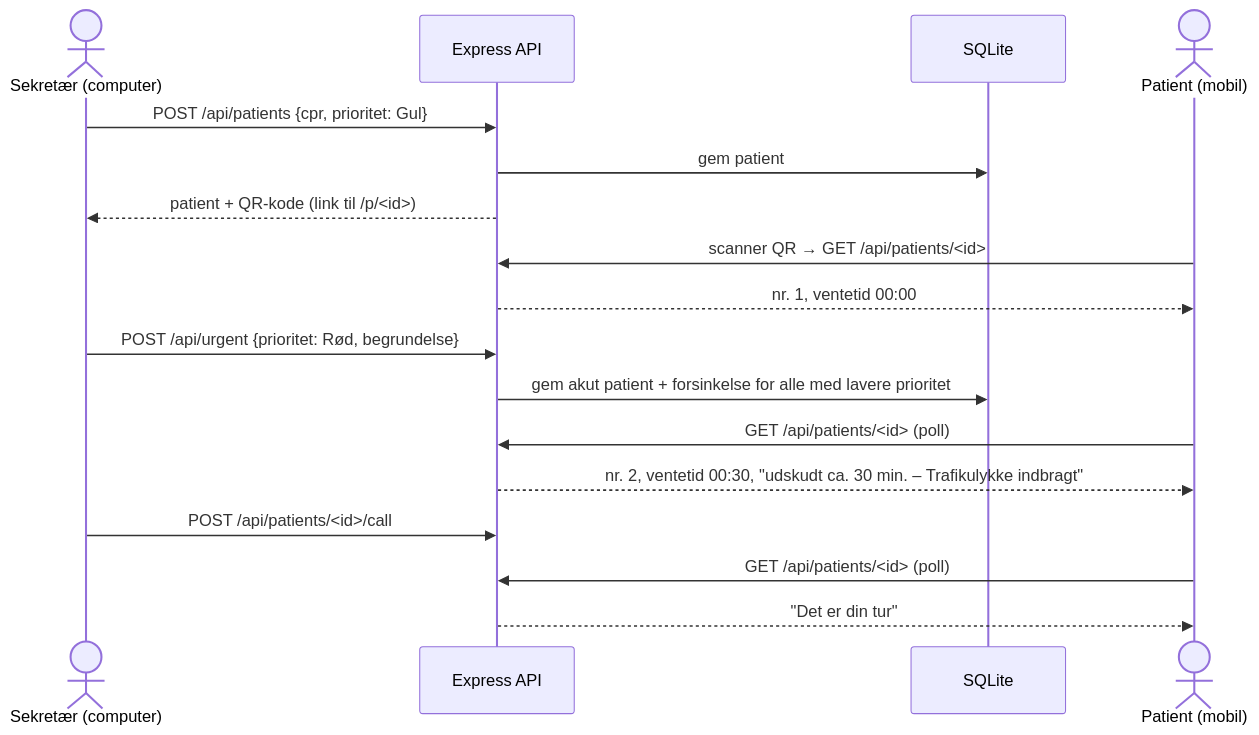
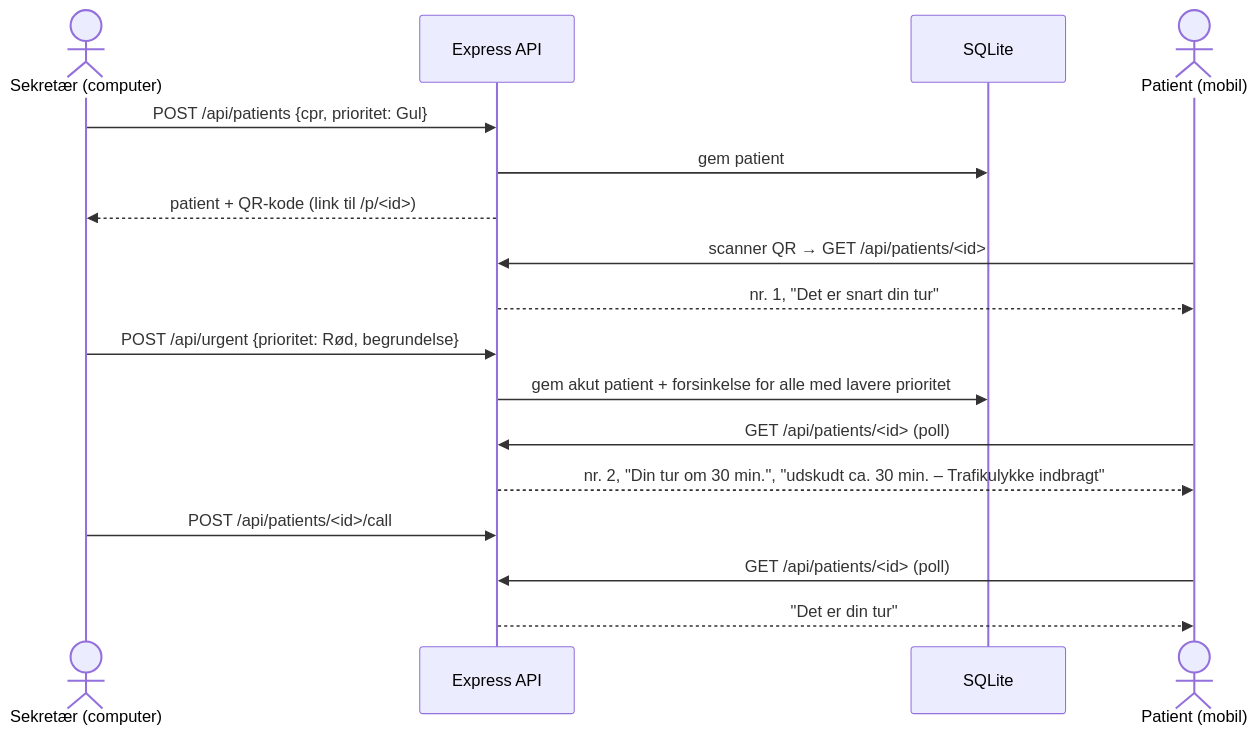
One commit to Niko192001/QR-L-sning changed the second of 2 diagrams in app/ARKITEKTUR.md. Above: the diagram before and after it, drawn with Mermaid. The commit also changed other lines of this file and 12 other files, not shown here.

````diff
--- a/app/ARKITEKTUR.md
+++ b/app/ARKITEKTUR.md
@@ -39,20 +41,20 @@
 ```mermaid
 sequenceDiagram
   actor Sek as Sekretær (computer)
   participant API as Express API
   participant DB as SQLite
   actor Pat as Patient (mobil)
 
   Sek->>API: POST /api/patients {cpr, prioritet: Gul}
   API->>DB: gem patient
   API-->>Sek: patient + QR-kode (link til /p/<id>)
   Pat->>API: scanner QR → GET /api/patients/<id>
-  API-->>Pat: nr. 1, ventetid 00:00
+  API-->>Pat: nr. 1, "Det er snart din tur"
   Sek->>API: POST /api/urgent {prioritet: Rød, begrundelse}
   API->>DB: gem akut patient + forsinkelse for alle med lavere prioritet
   Pat->>API: GET /api/patients/<id> (poll)
-  API-->>Pat: nr. 2, ventetid 00:30, "udskudt ca. 30 min. – Trafikulykke indbragt"
+  API-->>Pat: nr. 2, "Din tur om 30 min.", "udskudt ca. 30 min. – Trafikulykke indbragt"
   Sek->>API: POST /api/patients/<id>/call
   Pat->>API: GET /api/patients/<id> (poll)
   API-->>Pat: "Det er din tur"
 ```
````
